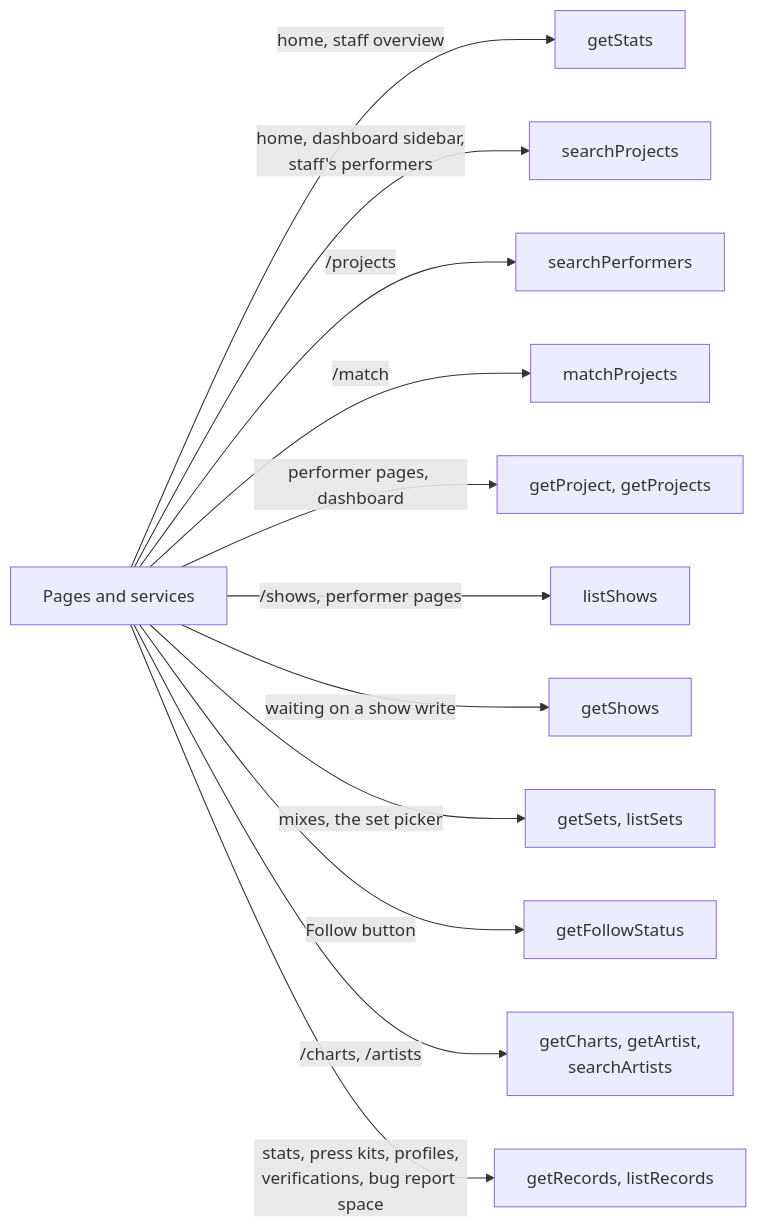
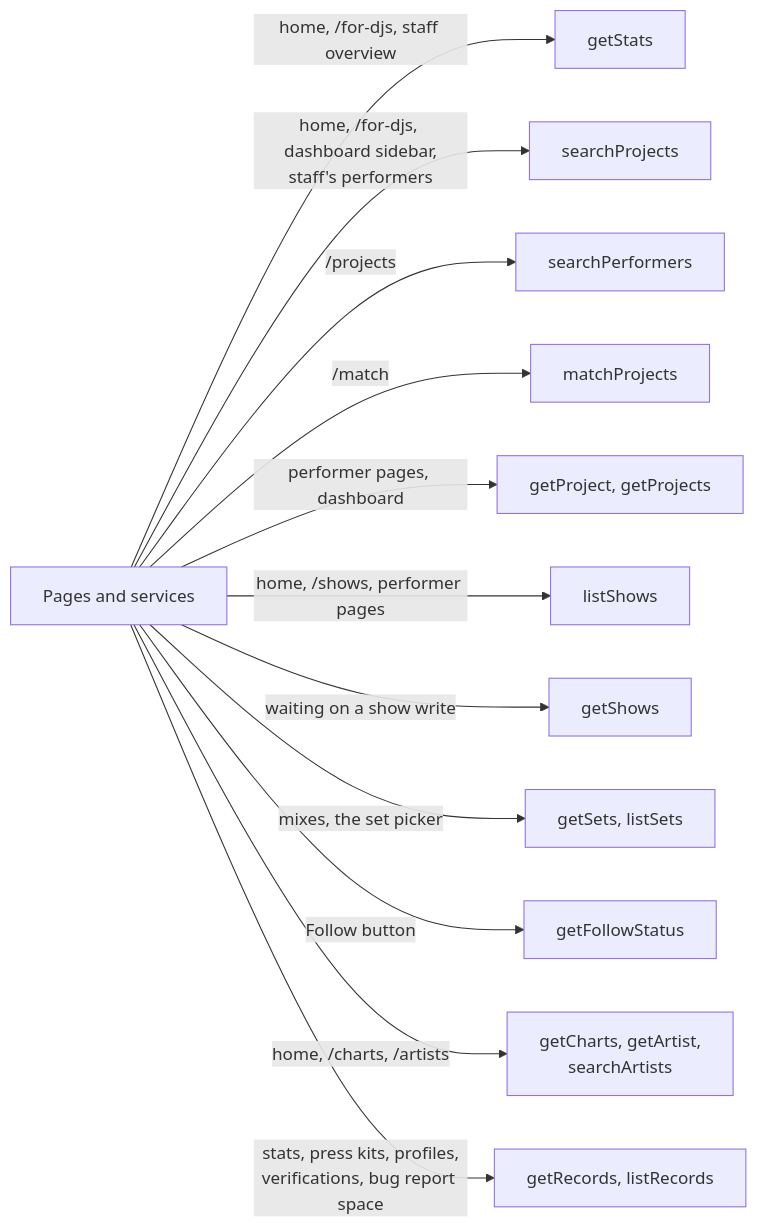
The seventh of 7 diagrams in apps/web/docs/diagrams/jobs-and-directory.md (cutenode/localnetwork), drawn with Mermaid before and after one commit. The commit also changed other lines of this file and 8 other files, not shown here.

First line of the commit message:
docs(web): bring the diagrams in line with the code

````diff
--- a/apps/web/docs/diagrams/jobs-and-directory.md
+++ b/apps/web/docs/diagrams/jobs-and-directory.md
@@ -138,15 +139,15 @@
 ```mermaid
 flowchart LR
   Pages["Pages and services"]
-  Pages -- "home, staff overview" --> Q1["getStats"]
-  Pages -- "home, dashboard sidebar,<br/>staff's performers" --> Q10["searchProjects"]
+  Pages -- "home, /for-djs, staff overview" --> Q1["getStats"]
+  Pages -- "home, /for-djs, dashboard sidebar,<br/>staff's performers" --> Q10["searchProjects"]
   Pages -- "/projects" --> Q2["searchPerformers"]
   Pages -- "/match" --> Q3["matchProjects"]
   Pages -- "performer pages, dashboard" --> Q4["getProject, getProjects"]
-  Pages -- "/shows, performer pages" --> Q5["listShows"]
+  Pages -- "home, /shows, performer pages" --> Q5["listShows"]
   Pages -- "waiting on a show write" --> Q11["getShows"]
   Pages -- "mixes, the set picker" --> Q6["getSets, listSets"]
   Pages -- "Follow button" --> Q7["getFollowStatus"]
-  Pages -- "/charts, /artists" --> Q8["getCharts, getArtist,<br/>searchArtists"]
+  Pages -- "home, /charts, /artists" --> Q8["getCharts, getArtist,<br/>searchArtists"]
   Pages -- "stats, press kits, profiles,<br/>verifications, bug report space" --> Q9["getRecords, listRecords"]
 ```
````
